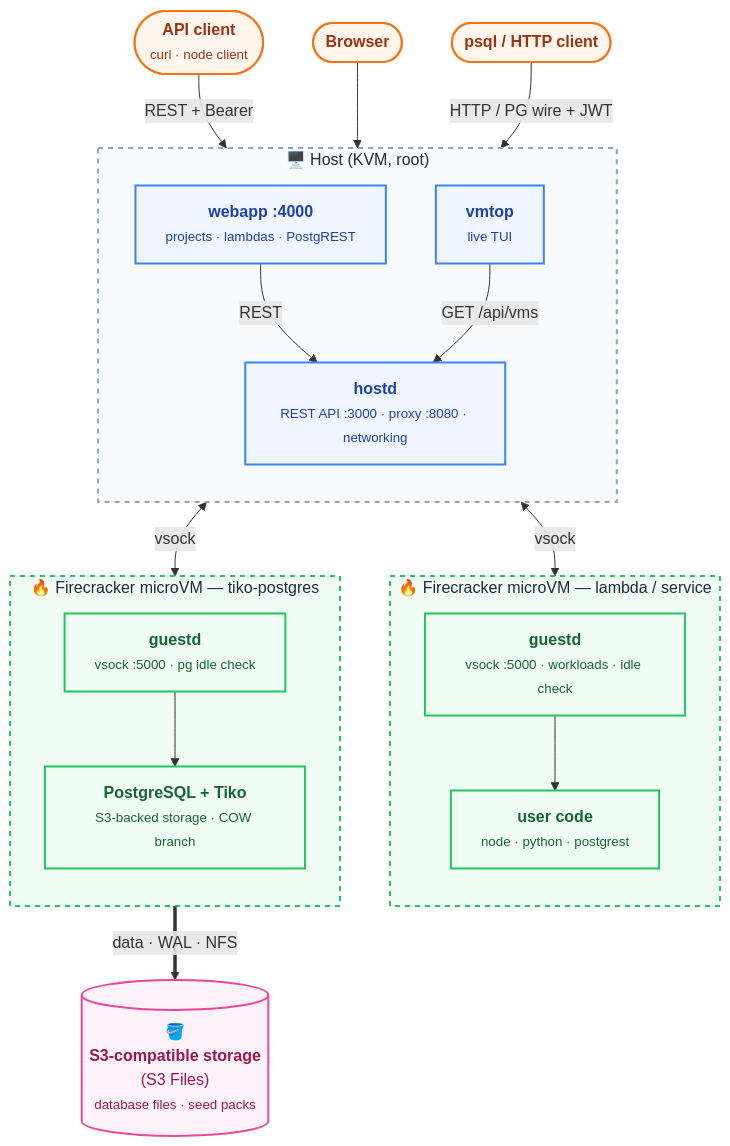
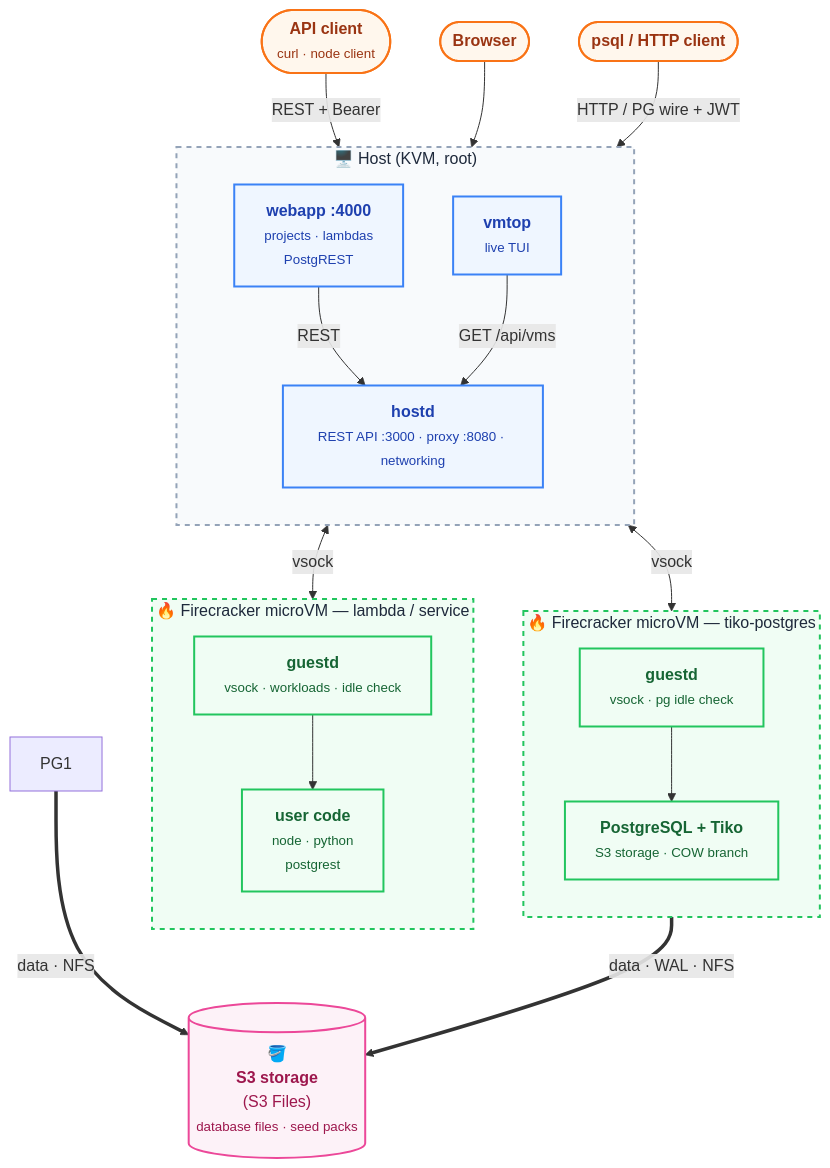
Before and after one commit to burmecia/tikovm: the diagram in README.md, drawn with Mermaid. The commit also changed other lines of this file, not shown here.

````diff
--- a/README.md
+++ b/README.md
@@ -47,54 +48,55 @@
 ```mermaid
 %%{init: {"themeVariables": {"titleColor": "#1e293b", "clusterBkg": "#f8fafc", "clusterBorder": "#94a3b8"}}}%%
 flowchart TB
   Client(["<b>API client</b><br/><small>curl · node client</small>"])
   Browser(["<b>Browser</b>"])
   Psql(["<b>psql / HTTP client</b>"])
 
   subgraph Host ["🖥️ Host (KVM, root)"]
     direction TB
     Hostd["<b>hostd</b><br/><small>REST API :3000 · proxy :8080 · networking</small>"]
-    Webapp["<b>webapp :4000</b><br/><small>projects · lambdas · PostgREST</small>"]
+    Webapp["<b>webapp :4000</b><br/><small>projects · lambdas<br/>PostgREST</small>"]
     Vmtop["<b>vmtop</b><br/><small>live TUI</small>"]
   end
 
   subgraph VM1 ["🔥 Firecracker microVM — lambda / service"]
     direction TB
-    Guest1["<b>guestd</b><br/><small>vsock :5000 · workloads · idle check</small>"]
-    App1["<b>user code</b><br/><small>node · python · postgrest</small>"]
+    Guest1["<b>guestd</b><br/><small>vsock · workloads · idle check</small>"]
+    App1["<b>user code</b><br/><small>node · python<br/>postgrest</small>"]
     Guest1 --> App1
   end
 
   subgraph VM2 ["🔥 Firecracker microVM — tiko-postgres"]
     direction TB
-    Guest2["<b>guestd</b><br/><small>vsock :5000 · pg idle check</small>"]
-    PG2["<b>PostgreSQL + Tiko</b><br/><small>S3-backed storage · COW branch</small>"]
+    Guest2["<b>guestd</b><br/><small>vsock · pg idle check</small>"]
+    PG2["<b>PostgreSQL + Tiko</b><br/><small>S3 storage · COW branch</small>"]
     Guest2 --> PG2
   end
 
-  S3[("🪣<br/><b>S3-compatible storage</b><br/>(S3 Files)<br/><small>database files · seed packs</small>")]
+  S3[("🪣<br/><b>S3 storage</b><br/>(S3 Files)<br/><small>database files · seed packs</small>")]
 
   Client -->|REST + Bearer| Hostd
   Browser --> Webapp
   Webapp -->|REST| Hostd
   Vmtop -->|GET /api/vms| Hostd
   Psql -->|HTTP / PG wire + JWT| Hostd
   Hostd <-->|vsock| Guest1
   Hostd <-->|vsock| Guest2
   PG2 ==>|data · WAL · NFS| S3
+  PG1 ==>|data · NFS| S3
 
   classDef client fill:#fff7ed,stroke:#f97316,stroke-width:2px,color:#9a3412
   classDef control fill:#eff6ff,stroke:#3b82f6,stroke-width:2px,color:#1e40af
   classDef vm fill:#f0fdf4,stroke:#22c55e,stroke-width:2px,color:#166534
   classDef storage fill:#fdf2f8,stroke:#ec4899,stroke-width:2px,color:#9d174d
 
   class Client,Browser,Psql client
   class Hostd,Webapp,Vmtop control
   class Guest1,App1,Guest2,PG2 vm
   class S3 storage
 
   style Host fill:#f8fafc,stroke:#94a3b8,stroke-width:2px,stroke-dasharray:5 5
   style VM1 fill:#f0fdf4,stroke:#22c55e,stroke-width:2px,stroke-dasharray:5 5
   style VM2 fill:#f0fdf4,stroke:#22c55e,stroke-width:2px,stroke-dasharray:5 5
   style S3 fill:#fdf2f8,stroke:#ec4899,stroke-width:2px
 ```
````
